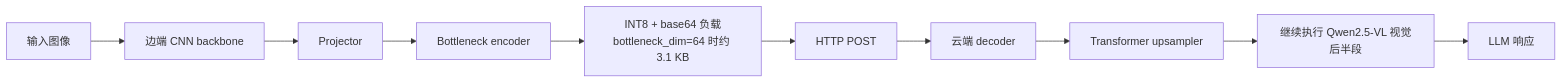
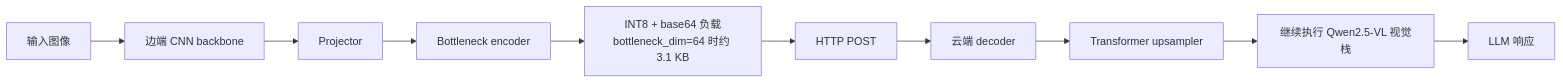
The diagram in README-zh.md (Shimmer22/SplitOculo), drawn with Mermaid before and after one commit. The commit also changed other lines of this file and 27 other files, not shown here.

````diff
--- a/README-zh.md
+++ b/README-zh.md
@@ -37,12 +35,12 @@
 ```mermaid
 flowchart LR
     A["输入图像"] --> B["边端 CNN backbone"]
     B --> C["Projector"]
     C --> D["Bottleneck encoder"]
     D --> E["INT8 + base64 负载<br/>bottleneck_dim=64 时约 3.1 KB"]
     E --> F["HTTP POST"]
     F --> G["云端 decoder"]
     G --> H["Transformer upsampler"]
-    H --> I["继续执行 Qwen2.5-VL 视觉后半段"]
+    H --> I["继续执行 Qwen2.5-VL 视觉栈"]
     I --> J["LLM 响应"]
 ```
````
